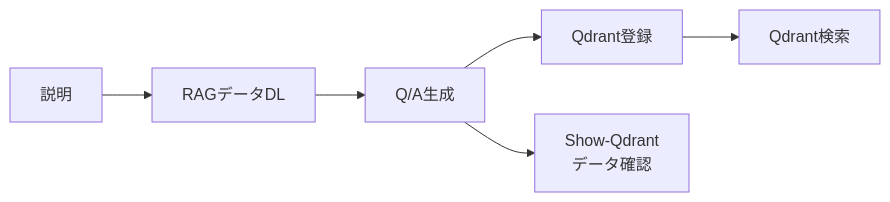
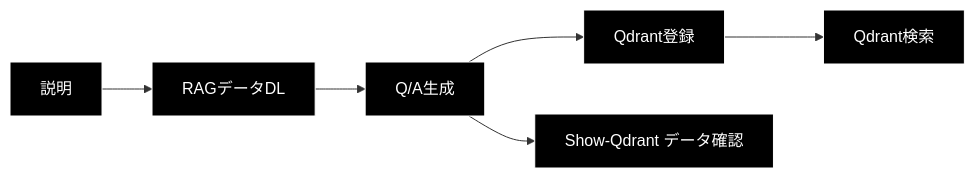
Before and after one commit to nakashima2toshio/anthropic_grace_agent_v2: the third of 5 diagrams in readme_rag.md, drawn with Mermaid. The commit also changed other lines of this file and 5 other files, not shown here.

````diff
--- a/readme_rag.md
+++ b/readme_rag.md
@@ -823,5 +886,8 @@
 ```mermaid
 flowchart LR
     S1["説明"] --> S2["RAGデータDL"] --> S3["Q/A生成"] --> S4["Qdrant登録"] --> S6["Qdrant検索"]
-    S3 --> S5["Show-Qdrant<br/>データ確認"]
+    S3 --> S5["Show-Qdrant データ確認"]
+classDef default fill:#000,stroke:#fff,color:#fff
+classDef subgraphStyle fill:#1a1a1a,stroke:#fff,color:#fff
+class S1,S2,S3,S4,S5,S6 default
 ```
````
